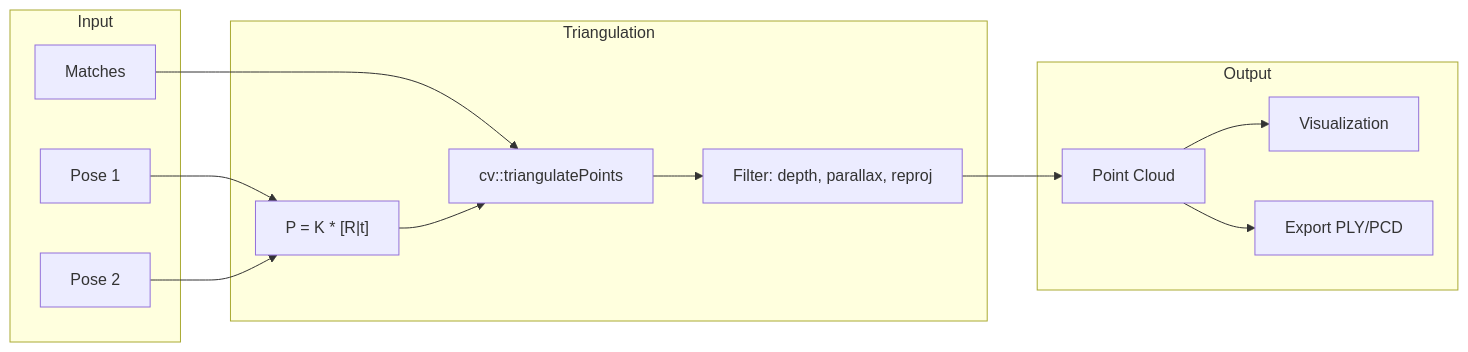
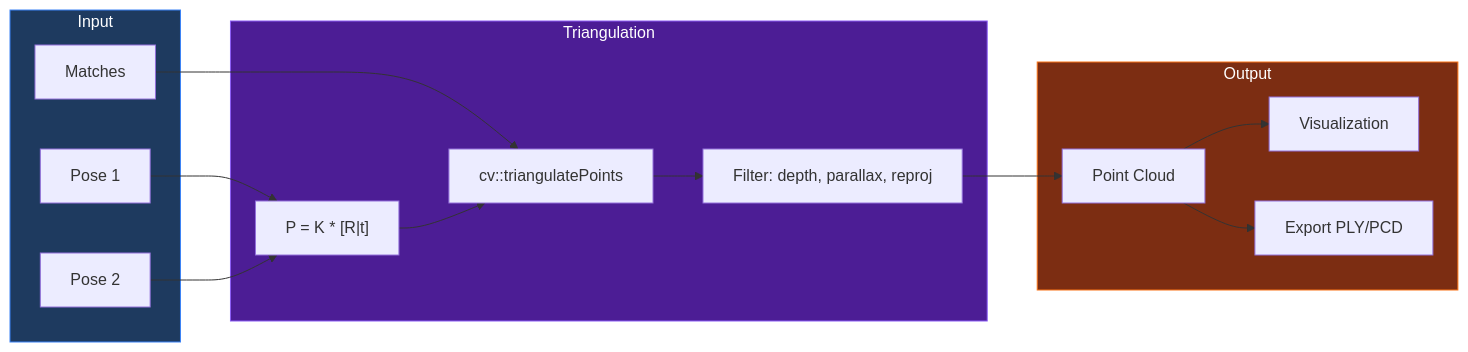
Before and after one commit to robertteleng/aria-slam: the tenth of 11 diagrams in README.md, drawn with Mermaid. The commit also changed other lines of this file, not shown here.

Commit message:
docs: add colors to Mermaid diagrams and glossary section - Add style colors to all flowchart diagrams (blue/purple/green/orange) - Add Glossary section with 17 acronyms and 14 technical terms - Update Table of Contents - Remove emojis for professional appearance

````diff
--- a/README.md
+++ b/README.md
@@ -390,27 +448,31 @@
 ```mermaid
 flowchart LR
     subgraph Input
         M1[Matches]
         P1[Pose 1]
         P2[Pose 2]
     end
 
     subgraph Triangulation
         PROJ["P = K * [R|t]"]
         TRI[cv::triangulatePoints]
         FILT["Filter: depth, parallax, reproj"]
     end
 
     subgraph Output
         PC[Point Cloud]
         VIS[Visualization]
         EXP[Export PLY/PCD]
     end
 
     M1 --> TRI
     P1 --> PROJ --> TRI
     P2 --> PROJ
     TRI --> FILT --> PC
     PC --> VIS
     PC --> EXP
+
+    style Input fill:#1e3a5f,stroke:#3b82f6,color:#fff
+    style Triangulation fill:#4c1d95,stroke:#8b5cf6,color:#fff
+    style Output fill:#7c2d12,stroke:#f97316,color:#fff
 ```
````
